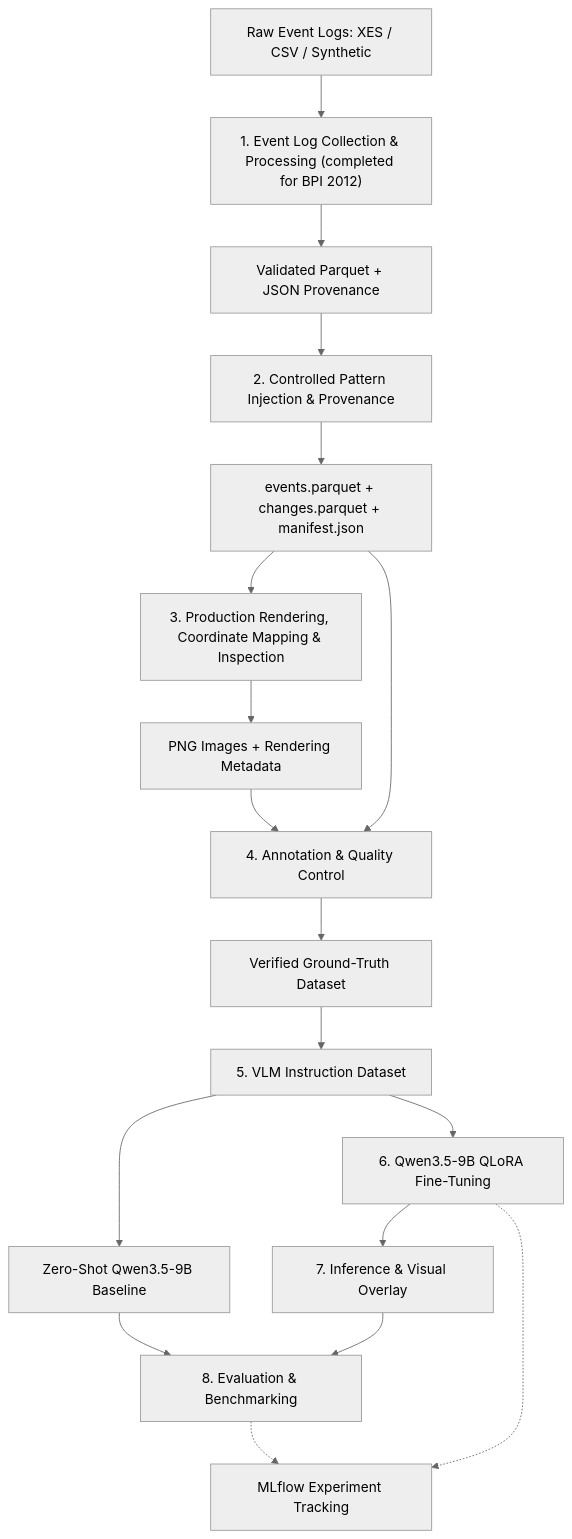
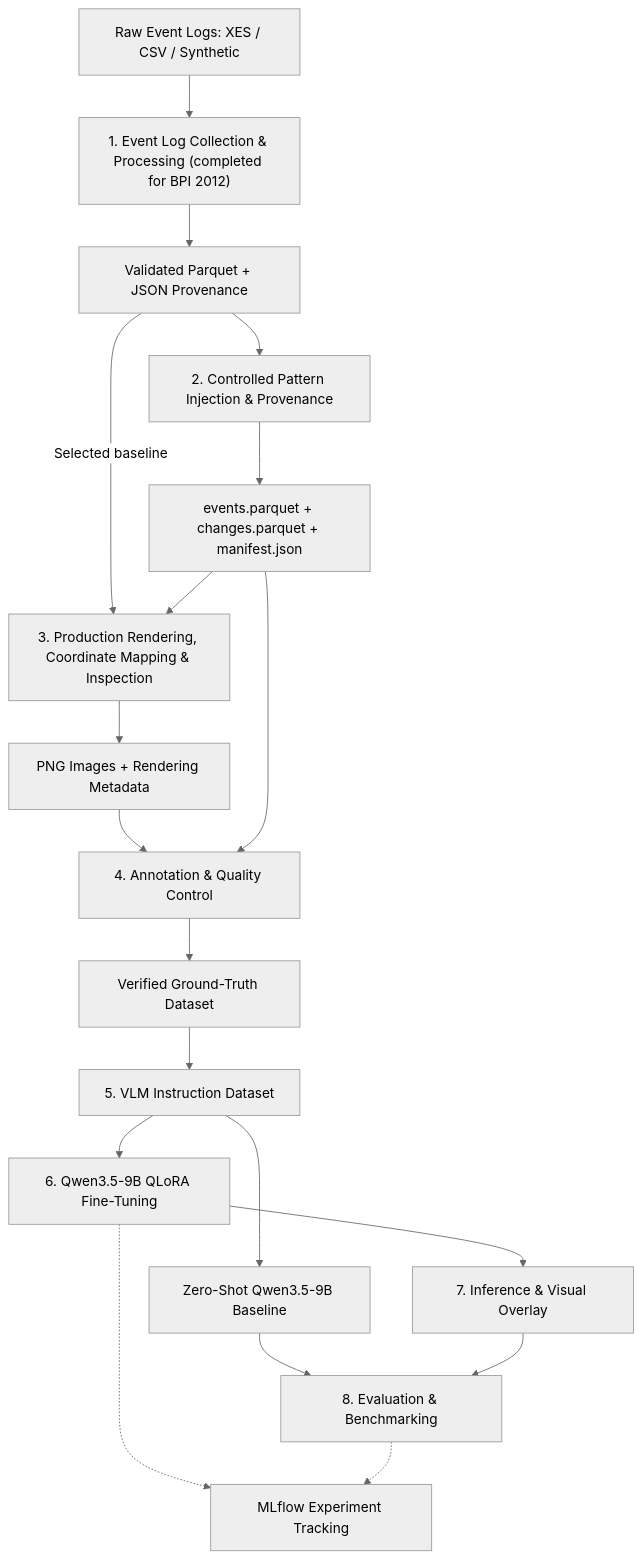
One commit to MyyKii/vlm-for-dotted-charts changed the diagram in docs/blueprint.md. Above: the diagram before and after it, drawn with Mermaid (neutral theme). The commit also changed other lines of this file and 24 other files, not shown here.

Commit message:
feat: implement phase 3 dotted chart rendering

````diff
--- a/docs/blueprint.md
+++ b/docs/blueprint.md
@@ -127,20 +116,21 @@
 ```mermaid
 flowchart TD
     A["Raw Event Logs: XES / CSV / Synthetic"] --> B["1. Event Log Collection & Processing (completed for BPI 2012)"]
     B --> C["Validated Parquet + JSON Provenance"]
     C --> D["2. Controlled Pattern Injection & Provenance"]
+    C -->|Selected baseline| F
     D --> E["events.parquet + changes.parquet + manifest.json"]
     E --> F["3. Production Rendering, Coordinate Mapping & Inspection"]
     F --> G["PNG Images + Rendering Metadata"]
     G --> H["4. Annotation & Quality Control"]
     E --> H
     H --> I["Verified Ground-Truth Dataset"]
     I --> J["5. VLM Instruction Dataset"]
     J --> K["Zero-Shot Qwen3.5-9B Baseline"]
     J --> L["6. Qwen3.5-9B QLoRA Fine-Tuning"]
     L --> M["7. Inference & Visual Overlay"]
     K --> N["8. Evaluation & Benchmarking"]
     M --> N
     L -.-> O["MLflow Experiment Tracking"]
     N -.-> O
 ```
````
